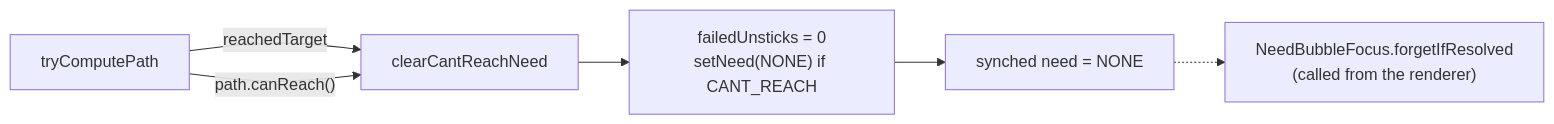
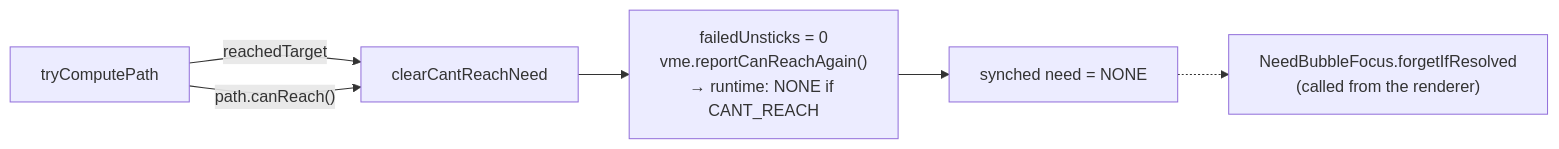
One commit to bradsk88/Questown changed the third of 4 diagrams in src/main/java/ca/bradj/questown/mobs/visitor/COMPLEX.md. Above: the diagram before and after it, drawn with Mermaid. The commit also changed other lines of this file and 6 other files, not shown here.

````diff
--- a/src/main/java/ca/bradj/questown/mobs/visitor/COMPLEX.md
+++ b/src/main/java/ca/bradj/questown/mobs/visitor/COMPLEX.md
@@ -109,8 +110,8 @@
 ```mermaid
 flowchart LR
     TCP["tryComputePath"] -->|reachedTarget| Clear["clearCantReachNeed"]
     TCP -->|"path.canReach()"| Clear
-    Clear --> Reset["failedUnsticks = 0<br/>setNeed(NONE) if CANT_REACH"]
+    Clear --> Reset["failedUnsticks = 0<br/>vme.reportCanReachAgain()<br/>→ runtime: NONE if CANT_REACH"]
     Reset --> Sync["synched need = NONE"]
     Sync -.-> Forget["NeedBubbleFocus.forgetIfResolved<br/>(called from the renderer)"]
 ```
````
